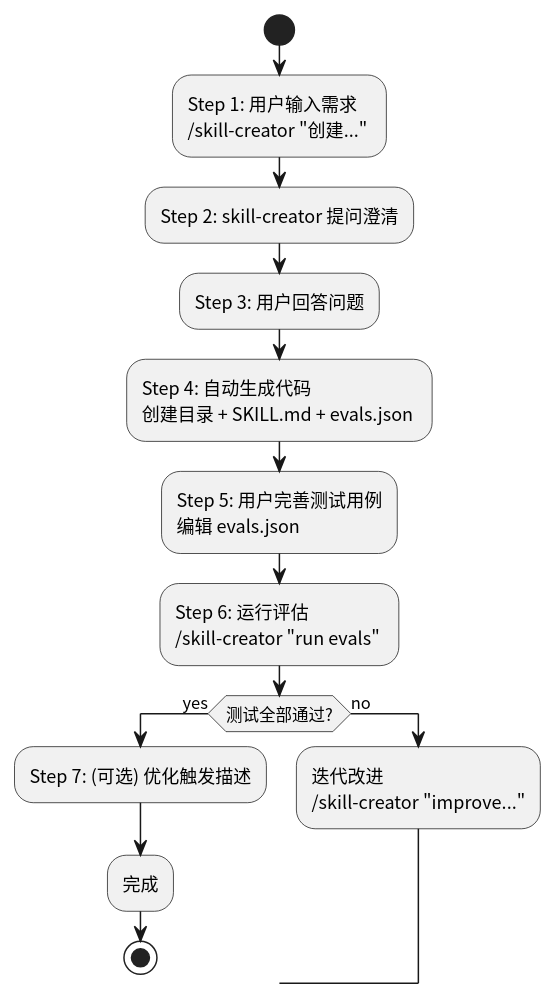
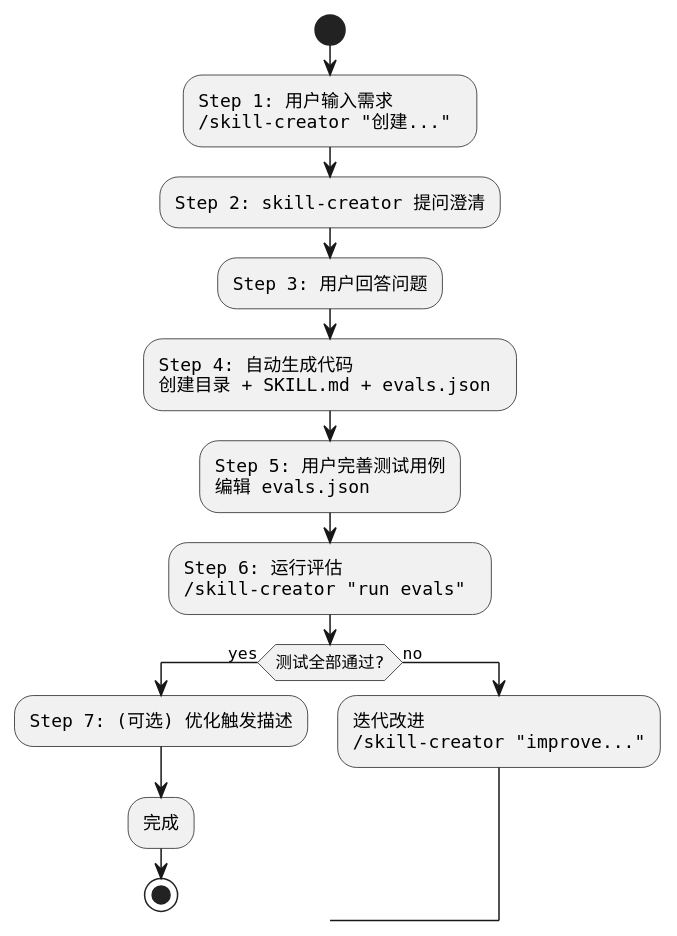
Before and after one commit to syllr/ainote: the first of 2 diagrams in 02-Learning/claude/skill-creator.md, drawn with PlantUML. The commit also changed other lines of this file, not shown here.

First line of the commit message:
fix: Add DialogInput font configuration for PlantUML to fix Chinese text overlapping

````diff
--- a/02-Learning/claude/skill-creator.md
+++ b/02-Learning/claude/skill-creator.md
@@ -81,27 +81,27 @@
 ```plantuml
 @startuml
-skinparam defaultFontName "Noto Sans CJK SC"
+skinparam defaultFontName "DialogInput"
 
 start
 :Step 1: 用户输入需求\n/skill-creator "创建..." ;
 
 :Step 2: skill-creator 提问澄清;
 
 :Step 3: 用户回答问题;
 
 :Step 4: 自动生成代码\n创建目录 + SKILL.md + evals.json ;
 
 :Step 5: 用户完善测试用例\n编辑 evals.json ;
 
 :Step 6: 运行评估\n/skill-creator "run evals" ;
 
 if (测试全部通过?) then (yes)
   :Step 7: (可选) 优化触发描述;
   :完成;
   stop
 else (no)
   :迭代改进\n/skill-creator "improve...";
   -> Step 6;
 endif
 @enduml
 ```
````
